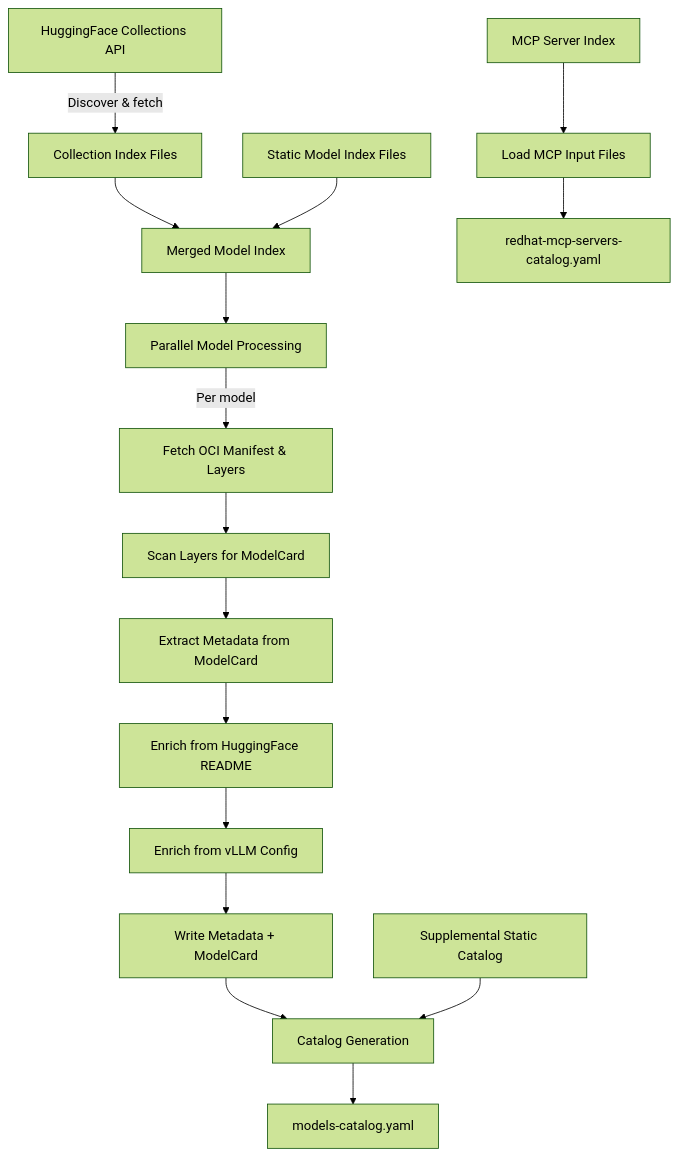
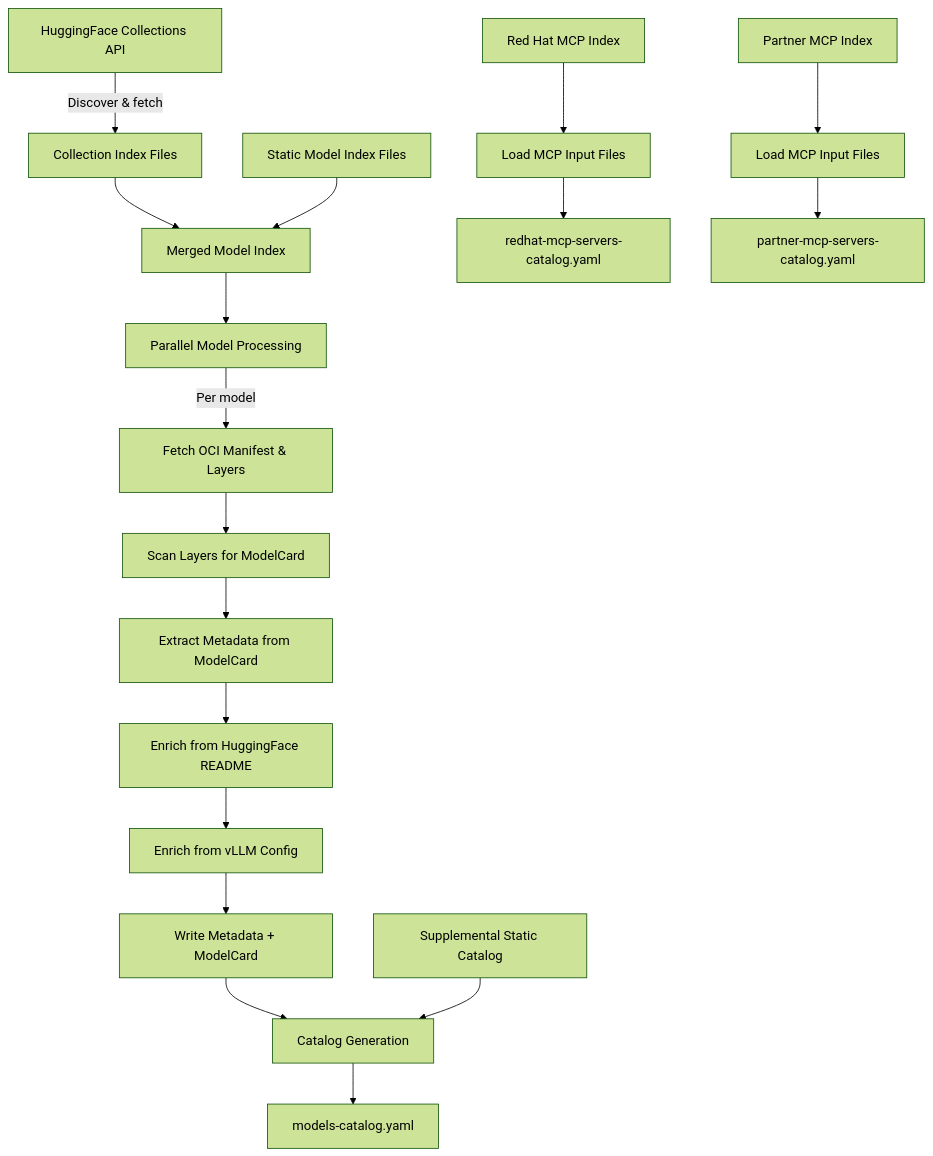
The first of 3 diagrams in ARCHITECTURE.md (opendatahub-io/model-metadata-collection), drawn with Mermaid (forest theme) before and after one commit. The commit also changed other lines of this file and 17 other files, not shown here.

Commit message:
refactoring to support partner mcp catalog additions

````diff
--- a/ARCHITECTURE.md
+++ b/ARCHITECTURE.md
@@ -11,19 +11,22 @@
 ```mermaid
 flowchart TD
     A[HuggingFace Collections API] -->|Discover & fetch| B[Collection Index Files]
     B --> C[Merged Model Index]
     D[Static Model Index Files] --> C
     C --> E[Parallel Model Processing]
     E -->|Per model| F[Fetch OCI Manifest & Layers]
     F --> G[Scan Layers for ModelCard]
     G --> H[Extract Metadata from ModelCard]
     H --> I[Enrich from HuggingFace README]
     I --> J[Enrich from vLLM Config]
     J --> K[Write Metadata + ModelCard]
     K --> L[Catalog Generation]
     M[Supplemental Static Catalog] --> L
     L --> N[models-catalog.yaml]
 
-    O[MCP Server Index] --> P[Load MCP Input Files]
+    O[Red Hat MCP Index] --> P[Load MCP Input Files]
     P --> Q[redhat-mcp-servers-catalog.yaml]
+
+    R[Partner MCP Index] --> S[Load MCP Input Files]
+    S --> T[partner-mcp-servers-catalog.yaml]
 ```
````
